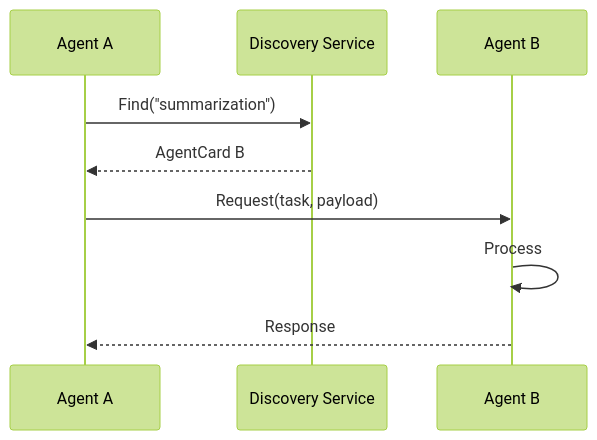
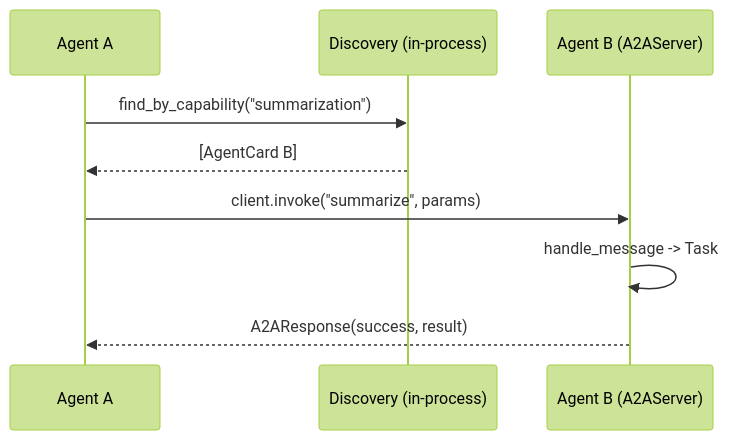
One commit to baselithcore/plugin-baselithbot changed the diagram in mkdocs-site/docs/core-modules/a2a.md. Above: the diagram before and after it, drawn with Mermaid (forest theme). The commit also changed other lines of this file and 68 other files, not shown here.

````diff
--- a/mkdocs-site/docs/core-modules/a2a.md
+++ b/mkdocs-site/docs/core-modules/a2a.md
@@ -145,13 +276,13 @@
 ```mermaid
 sequenceDiagram
     participant A as Agent A
-    participant D as Discovery Service
-    participant B as Agent B
+    participant D as Discovery (in-process)
+    participant B as Agent B (A2AServer)
 
-    A->>D: Find("summarization")
-    D-->>A: AgentCard B
+    A->>D: find_by_capability("summarization")
+    D-->>A: [AgentCard B]
 
-    A->>B: Request(task, payload)
-    B->>B: Process
-    B-->>A: Response
+    A->>B: client.invoke("summarize", params)
+    B->>B: handle_message -> Task
+    B-->>A: A2AResponse(success, result)
 ```
````
